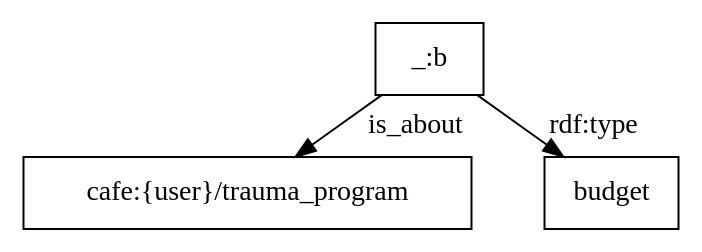
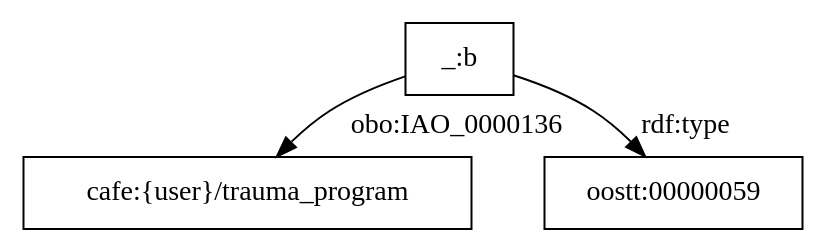
Before and after one commit to utecht/dideo-server: the diagram in cafe/graphs/4.dot, drawn with Graphviz. The commit also changed 17 other files, not shown here.

```diff
--- a/cafe/graphs/4.dot
+++ b/cafe/graphs/4.dot
@@ -1,5 +1,5 @@
 digraph g { node [shape=rectangle];
 graph [splines=true, nodesep=.5, ranksep=0, overlap=false];
-"_:b" -> "cafe:{user}/trauma_program" [label="is_about"]
-"_:b" -> "budget" [label="rdf:type"]
+"_:b" -> "cafe:{user}/trauma_program" [label="obo:IAO_0000136"]
+"_:b" -> "oostt:00000059" [label="rdf:type"]
 }
```
